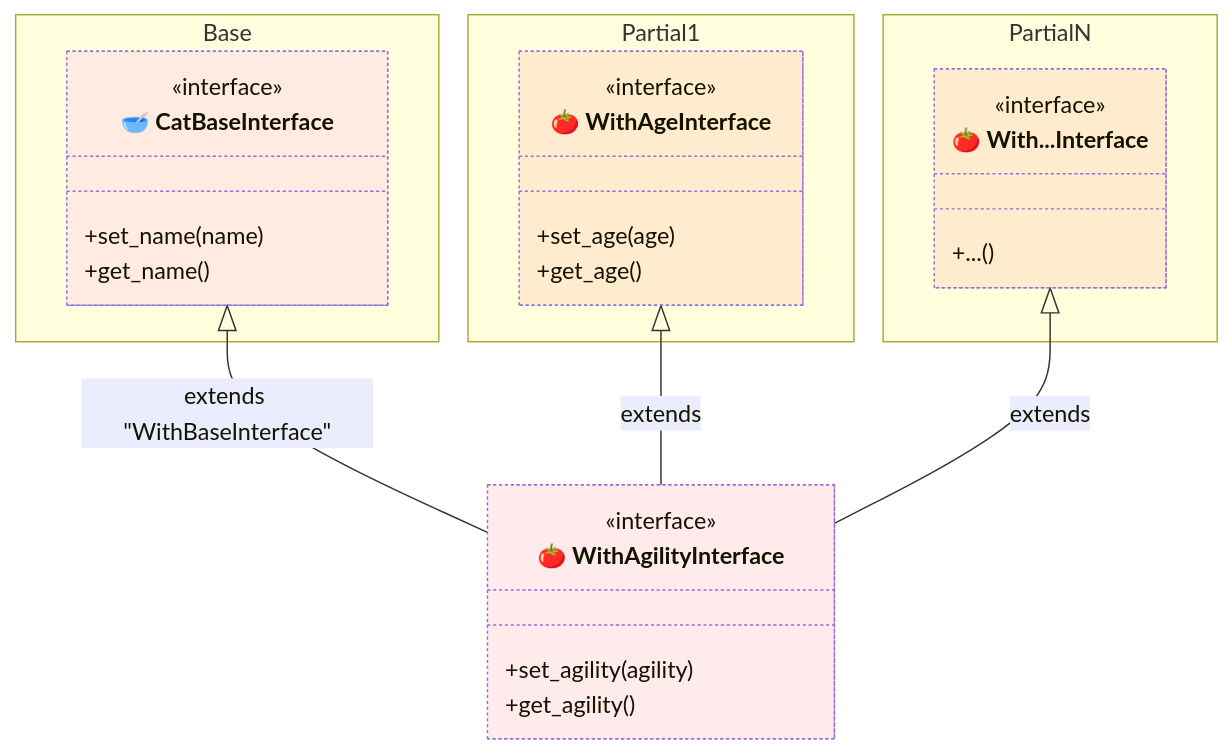
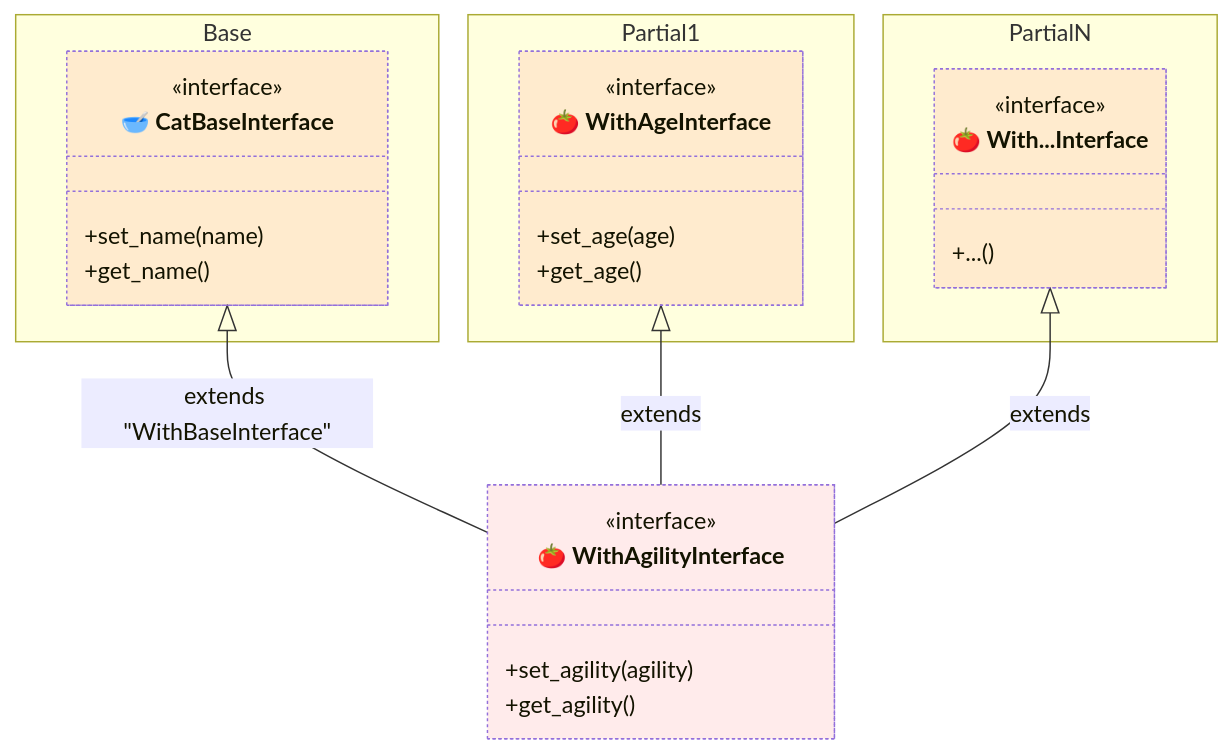
One commit to thecodecrate/python-pipeline changed the seventh of 12 diagrams in tests/spec-001--class-composition-with-partial-classes.md. Above: the diagram before and after it, drawn with Mermaid. The commit also changed other lines of this file, not shown here.

````diff
--- a/tests/spec-001--class-composition-with-partial-classes.md
+++ b/tests/spec-001--class-composition-with-partial-classes.md
@@ -366,55 +360,54 @@
 ```mermaid
 ---
 config:
     class:
         hideEmptyMembersBox: true
 ---
 classDiagram
     namespace Base {
-        class InterfaceBase_["🥣 CatBaseInterface"] {
+        class Interface1["🥣 CatBaseInterface"] {
             <<interface>>
             +set_name(name)
             +get_name()
         }
     }
 
     namespace Partial1 {
         class Interface2["🍅 WithAgeInterface"] {
             <<interface>>
             +set_age(age)
             +get_age()
         }
     }
 
     namespace PartialN {
         class Interface3["🍅 With...Interface"] {
             <<interface>>
             +...()
         }
     }
 
     class Interface4["🍅 WithAgilityInterface"] {
         <<interface>>
         +set_agility(agility)
         +get_agility()
     }
 
     %% Relationships
-    InterfaceBase_ <|-- Interface4 : extends "WithBaseInterface"
+    Interface1 <|-- Interface4 : extends "WithBaseInterface"
     Interface2 <|-- Interface4 : extends
     Interface3 <|-- Interface4 : extends
 
     %% Apply Styles
     style Base_ fill:#6060ff20, stroke-dasharray: 5 5
     style Composed_ bugfix:#111, stroke-width:2px, font-weight: bold
     style External1 bugfix:#111, stroke-width:2px, font-weight: bold
     style Partial1_ fill:#60ff6020, stroke-dasharray: 5 5
     style Partial2_ fill:#60ff6020, stroke-dasharray: 5 5
     style Partial3_ fill:#60ff6020, stroke-dasharray: 5 5
     style Partial4_ fill:#60ff6020, stroke-dasharray: 5 5
-    style InterfaceBase_ fill:#ff60ff20, stroke-dasharray: 2 2
     style Interface1 fill:#ff606020, stroke-dasharray: 2 2
     style Interface2 fill:#ff606020, stroke-dasharray: 2 2
     style Interface3 fill:#ff606020, stroke-dasharray: 2 2
     style Interface4 fill:#ff606020, stroke-dasharray: 2 2
 ```
````
